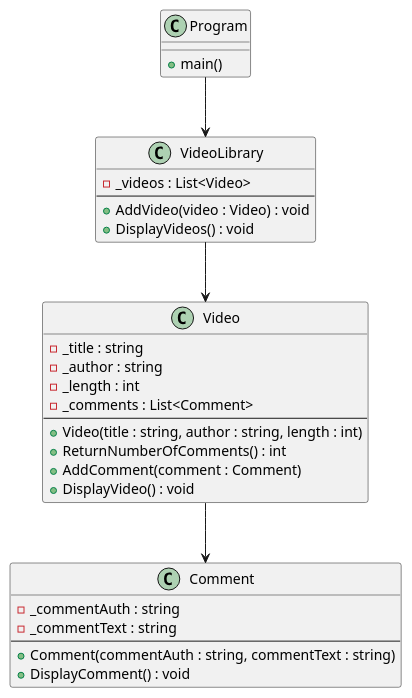
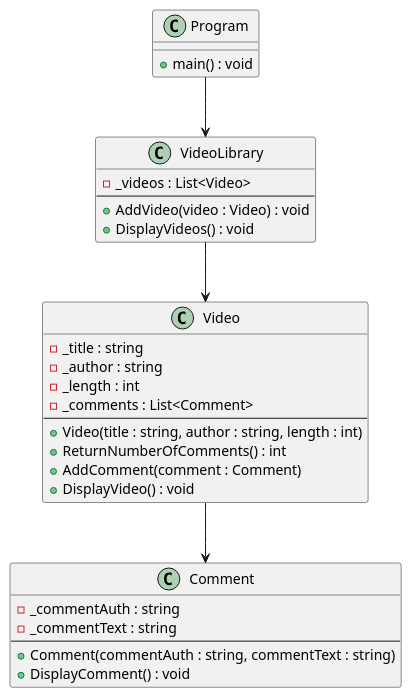
Before and after one commit to automotopia2/cse21---projects: the diagram in final/Foundation1/F1.puml, drawn with PlantUML. The commit also changed 4 other files, not shown here.

```diff
--- a/final/Foundation1/F1.puml
+++ b/final/Foundation1/F1.puml
@@ -1,43 +1,43 @@
 @startuml
 
 class Program 
 {
-    + main()
+    + main() : void
 }
 
 class Video 
 {
     -_title : string
     -_author : string
     -_length : int
     -_comments : List<Comment>
     --
     + Video(title : string, author : string, length : int)
     + ReturnNumberOfComments() : int
     + AddComment(comment : Comment)
     + DisplayVideo() : void
 }
 
 class Comment
 {
     -_commentAuth : string
     -_commentText : string
     --
     + Comment(commentAuth : string, commentText : string)
     + DisplayComment() : void
 }
 
 class VideoLibrary
 {
     -_videos : List<Video>
     --
     + AddVideo(video : Video) : void
     + DisplayVideos() : void
 }
 
 Program --> VideoLibrary
 VideoLibrary --> Video
 Video --> Comment
 
 
 @enduml
```
